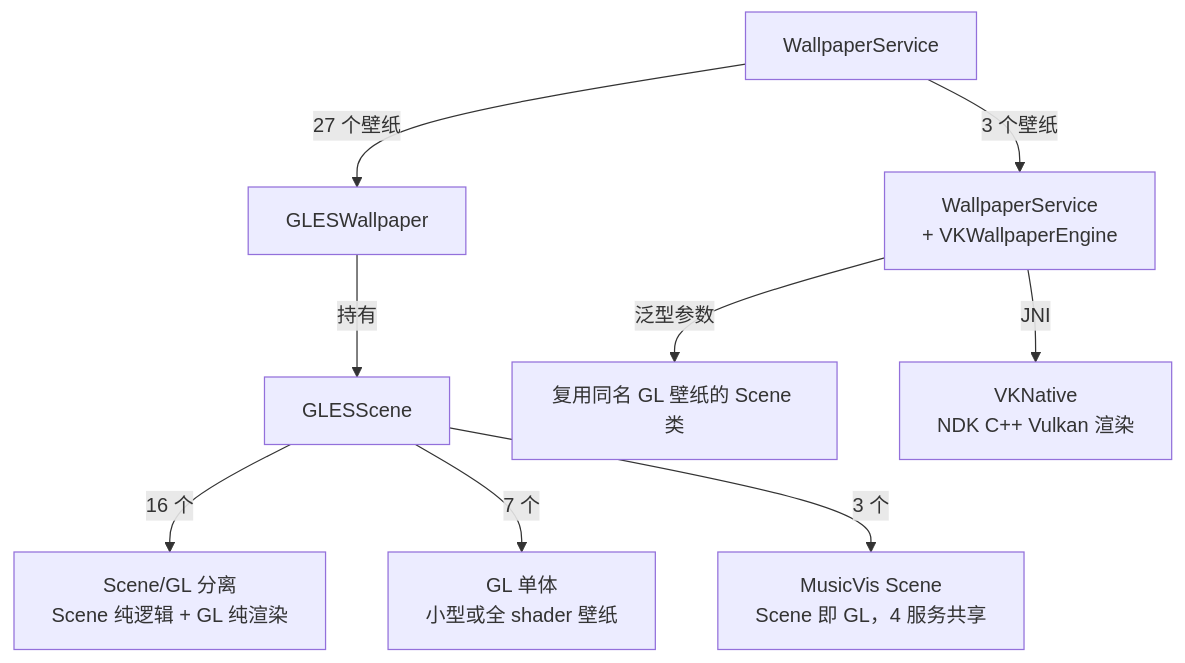
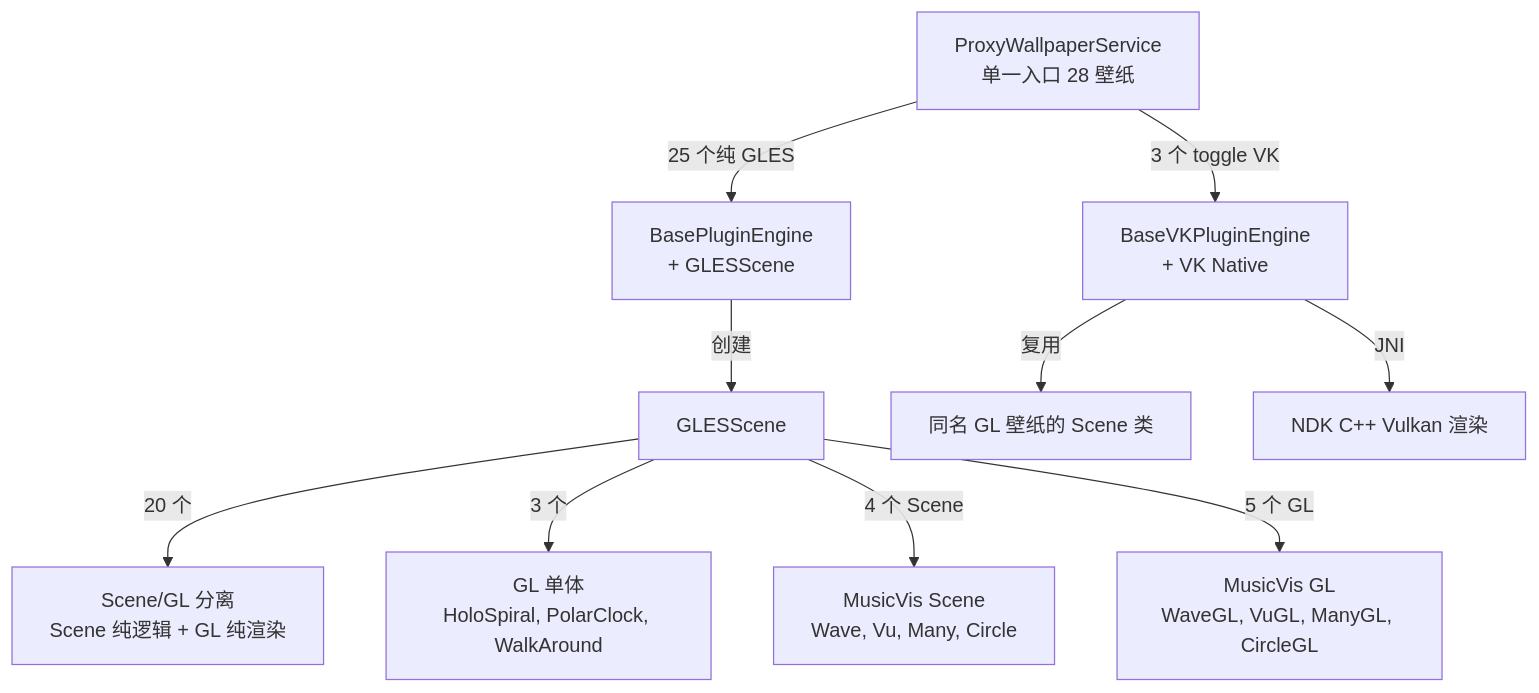
One commit to dynnbw/RE-Android-Live-Wallpapers changed the first of 3 diagrams in README.md. Above: the diagram before and after it, drawn with Mermaid. The commit also changed other lines of this file and 1 other file, not shown here.

````diff
--- a/README.md
+++ b/README.md
@@ -284,15 +287,16 @@
 ```mermaid
 graph TD
-    WS[WallpaperService]
+    WS[ProxyWallpaperService<br/>单一入口 28 壁纸]
 
-    WS -->|27 个壁纸| GLW[GLESWallpaper]
-    WS -->|3 个壁纸| VKW[WallpaperService<br/>+ VKWallpaperEngine]
+    WS -->|25 个纯 GLES| GLW[BasePluginEngine<br/>+ GLESScene]
+    WS -->|3 个 toggle VK| VKW[BaseVKPluginEngine<br/>+ VK Native]
 
-    GLW -->|持有| GLS[GLESScene]
-    GLS -->|16 个| SPLIT[Scene/GL 分离<br/>Scene 纯逻辑 + GL 纯渲染]
-    GLS -->|7 个| MONO[GL 单体<br/>小型或全 shader 壁纸]
-    GLS -->|3 个| MV[MusicVis Scene<br/>Scene 即 GL，4 服务共享]
+    GLW -->|创建| GLS[GLESScene]
+    GLS -->|20 个| SPLIT[Scene/GL 分离<br/>Scene 纯逻辑 + GL 纯渲染]
+    GLS -->|3 个| MONO[GL 单体<br/>HoloSpiral, PolarClock, WalkAround]
+    GLS -->|4 个 Scene| MV[MusicVis Scene<br/>Wave, Vu, Many, Circle]
+    GLS -->|5 个 GL| MVGL[MusicVis GL<br/>WaveGL, VuGL, ManyGL, CircleGL]
 
-    VKW -->|泛型参数| REUSE[复用同名 GL 壁纸的 Scene 类]
-    VKW -->|JNI| NATIVE[VKNative<br/>NDK C++ Vulkan 渲染]
+    VKW -->|复用| REUSE[同名 GL 壁纸的 Scene 类]
+    VKW -->|JNI| NATIVE[NDK C++ Vulkan 渲染]
 ```
````
